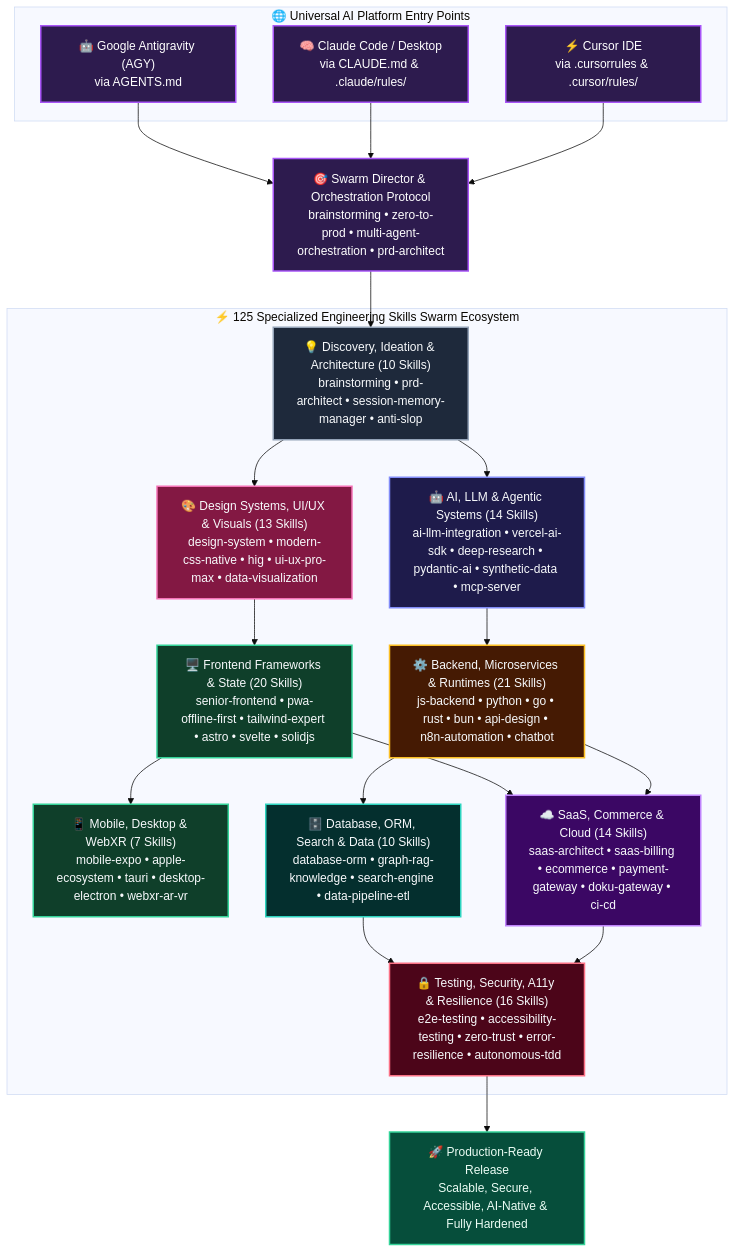
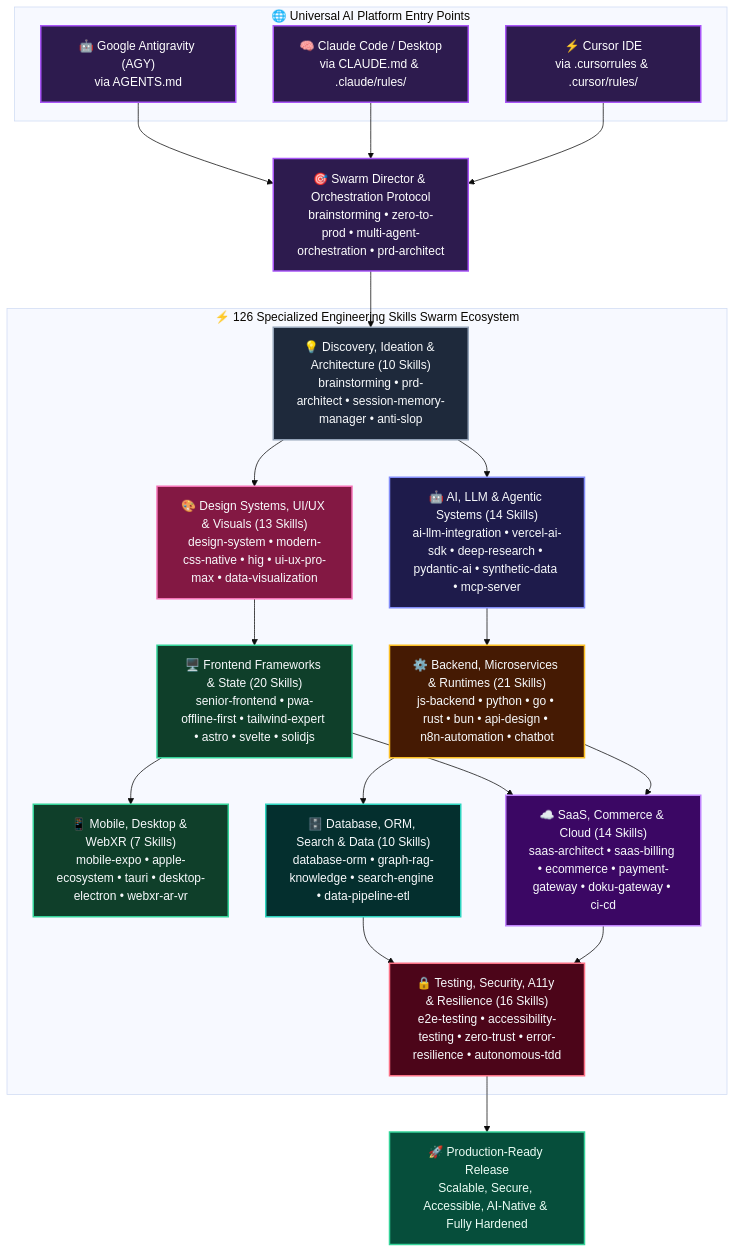
Before and after one commit to roedyrustam/vibes-plug: the diagram in README.md, drawn with Mermaid (base theme). The commit also changed other lines of this file, not shown here.

Commit message:
docs: update README for v3.2.0 with CLI usage instructions and 126 active skills

````diff
--- a/README.md
+++ b/README.md
@@ -16,64 +16,64 @@
 ```mermaid
 graph TD
     subgraph PLATFORMS["🌐 Universal AI Platform Entry Points"]
         AGY["🤖 Google Antigravity (AGY)<br/>via AGENTS.md"]
         CLAUDE["🧠 Claude Code / Desktop<br/>via CLAUDE.md & .claude/rules/"]
         CURSOR["⚡ Cursor IDE<br/>via .cursorrules & .cursor/rules/"]
     end
 
     DIRECTOR["🎯 Swarm Director & Orchestration Protocol<br/>brainstorming • zero-to-prod • multi-agent-orchestration • prd-architect"]
 
-    subgraph SWARM["⚡ 125 Specialized Engineering Skills Swarm Ecosystem"]
+    subgraph SWARM["⚡ 126 Specialized Engineering Skills Swarm Ecosystem"]
         D1["💡 Discovery, Ideation & Architecture (10 Skills)<br/>brainstorming • prd-architect • session-memory-manager • anti-slop"]
         D2["🤖 AI, LLM & Agentic Systems (14 Skills)<br/>ai-llm-integration • vercel-ai-sdk • deep-research • pydantic-ai • synthetic-data • mcp-server"]
         D3["🎨 Design Systems, UI/UX & Visuals (13 Skills)<br/>design-system • modern-css-native • hig • ui-ux-pro-max • data-visualization"]
         D4["🖥️ Frontend Frameworks & State (20 Skills)<br/>senior-frontend • pwa-offline-first • tailwind-expert • astro • svelte • solidjs"]
         D5["📱 Mobile, Desktop & WebXR (7 Skills)<br/>mobile-expo • apple-ecosystem • tauri • desktop-electron • webxr-ar-vr"]
         D6["⚙️ Backend, Microservices & Runtimes (21 Skills)<br/>js-backend • python • go • rust • bun • api-design • n8n-automation • chatbot"]
         D7["🗄️ Database, ORM, Search & Data (10 Skills)<br/>database-orm • graph-rag-knowledge • search-engine • data-pipeline-etl"]
         D8["☁️ SaaS, Commerce & Cloud (14 Skills)<br/>saas-architect • saas-billing • ecommerce • payment-gateway • doku-gateway • ci-cd"]
         D9["🔒 Testing, Security, A11y & Resilience (16 Skills)<br/>e2e-testing • accessibility-testing • zero-trust • error-resilience • autonomous-tdd"]
     end
 
     PROD["🚀 Production-Ready Release<br/>Scalable, Secure, Accessible, AI-Native & Fully Hardened"]
 
     AGY --> DIRECTOR
     CLAUDE --> DIRECTOR
     CURSOR --> DIRECTOR
 
     DIRECTOR --> D1
     D1 --> D2
     D1 --> D3
     D2 --> D6
     D3 --> D4
     D4 --> D5
     D4 --> D8
     D6 --> D7
     D6 --> D8
     D7 --> D9
     D8 --> D9
     D9 --> PROD
 
     classDef hero fill:#2d1b4e,stroke:#a855f7,stroke-width:2px,color:#fff;
     classDef ai fill:#1e1b4b,stroke:#818cf8,stroke-width:2px,color:#f8fafc;
     classDef ui fill:#831843,stroke:#f472b6,stroke-width:2px,color:#f8fafc;
     classDef front fill:#0f3f2a,stroke:#34d399,stroke-width:2px,color:#f8fafc;
     classDef back fill:#451a03,stroke:#fbbf24,stroke-width:2px,color:#f8fafc;
     classDef saas fill:#3b0764,stroke:#c084fc,stroke-width:2px,color:#f8fafc;
     classDef db fill:#042f2e,stroke:#2dd4bf,stroke-width:2px,color:#f8fafc;
     classDef sec fill:#4c0519,stroke:#fb7185,stroke-width:2px,color:#f8fafc;
     classDef util fill:#1e293b,stroke:#94a3b8,stroke-width:2px,color:#f8fafc;
     classDef target fill:#064e3b,stroke:#34d399,stroke-width:2px,color:#ecfdf5;
 
     class AGY,CLAUDE,CURSOR,DIRECTOR hero;
     class D1 util;
     class D2 ai;
     class D3 ui;
     class D4 front;
     class D5 front;
     class D6 back;
     class D7 db;
     class D8 saas;
     class D9 sec;
     class PROD target;
 ```
````
